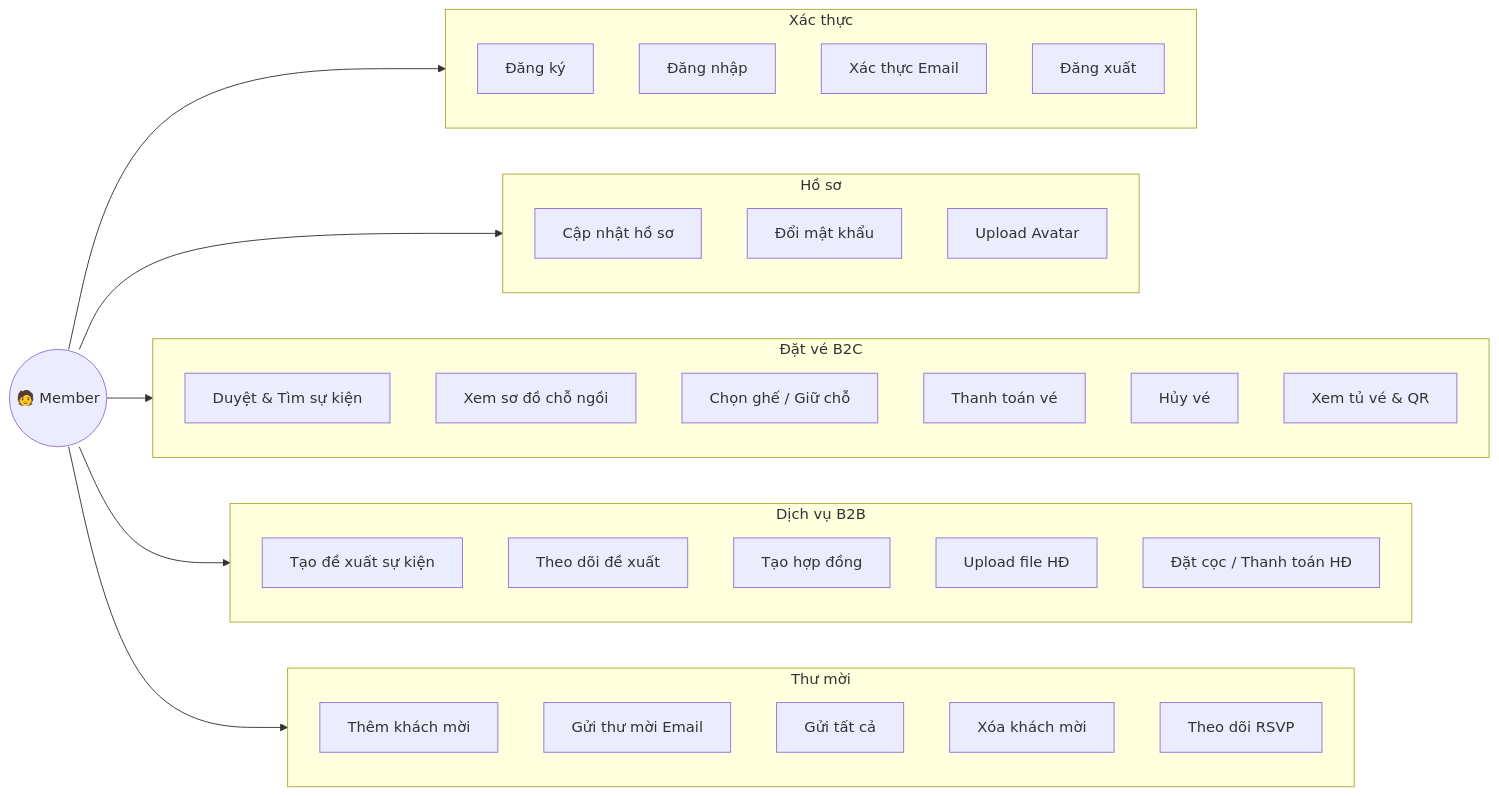
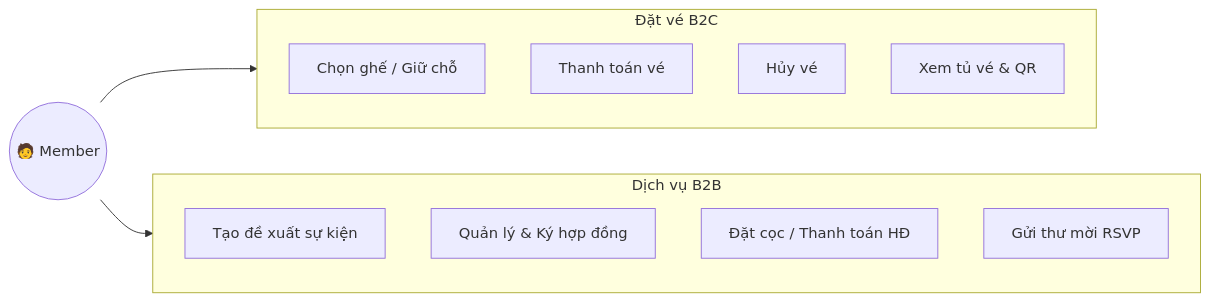
One commit to HoNhutHao-1006/Baocaocuoiki-GVNguyenTanPhuoc changed the second of 10 diagrams in README.md. Above: the diagram before and after it, drawn with Mermaid. The commit also changed other lines of this file and 1 other file, not shown here.

````diff
--- a/README.md
+++ b/README.md
@@ -299,48 +212,18 @@
 ```mermaid
 graph LR
     MEMBER(("🧑 Member"))
-
-    subgraph AUTH["Xác thực"]
-        UC1["Đăng ký"]
-        UC2["Đăng nhập"]
-        UC3["Xác thực Email"]
-        UC4["Đăng xuất"]
+    subgraph TICKET["Đặt vé B2C"]
+        UC_HOLD["Chọn ghế / Giữ chỗ"]
+        UC_PAY["Thanh toán vé"]
+        UC_CANCEL["Hủy vé"]
+        UC_MYTICKET["Xem tủ vé & QR"]
     end
-
-    subgraph PROFILE["Hồ sơ"]
-        UC5["Cập nhật hồ sơ"]
-        UC6["Đổi mật khẩu"]
-        UC7["Upload Avatar"]
+    subgraph B2B["Dịch vụ B2B"]
+        UC_PROPOSAL["Tạo đề xuất sự kiện"]
+        UC_CONTRACT["Quản lý & Ký hợp đồng"]
+        UC_DEPOSIT["Đặt cọc / Thanh toán HĐ"]
+        UC_RSVP["Gửi thư mời RSVP"]
     end
-
-    subgraph TICKET["Đặt vé B2C"]
-        UC8["Duyệt & Tìm sự kiện"]
-        UC11["Xem sơ đồ chỗ ngồi"]
-        UC12["Chọn ghế / Giữ chỗ"]
-        UC13["Thanh toán vé"]
-        UC14["Hủy vé"]
-        UC15["Xem tủ vé & QR"]
-    end
-
-    subgraph B2B["Dịch vụ B2B"]
-        UC16["Tạo đề xuất sự kiện"]
-        UC17["Theo dõi đề xuất"]
-        UC19["Tạo hợp đồng"]
-        UC20["Upload file HĐ"]
-        UC21["Đặt cọc / Thanh toán HĐ"]
-    end
-
-    subgraph INVITE["Thư mời"]
-        UC23["Thêm khách mời"]
-        UC24["Gửi thư mời Email"]
-        UC25["Gửi tất cả"]
-        UC26["Xóa khách mời"]
-        UC27["Theo dõi RSVP"]
-    end
-
-    MEMBER --> AUTH
-    MEMBER --> PROFILE
     MEMBER --> TICKET
     MEMBER --> B2B
-    MEMBER --> INVITE
 ```
````
